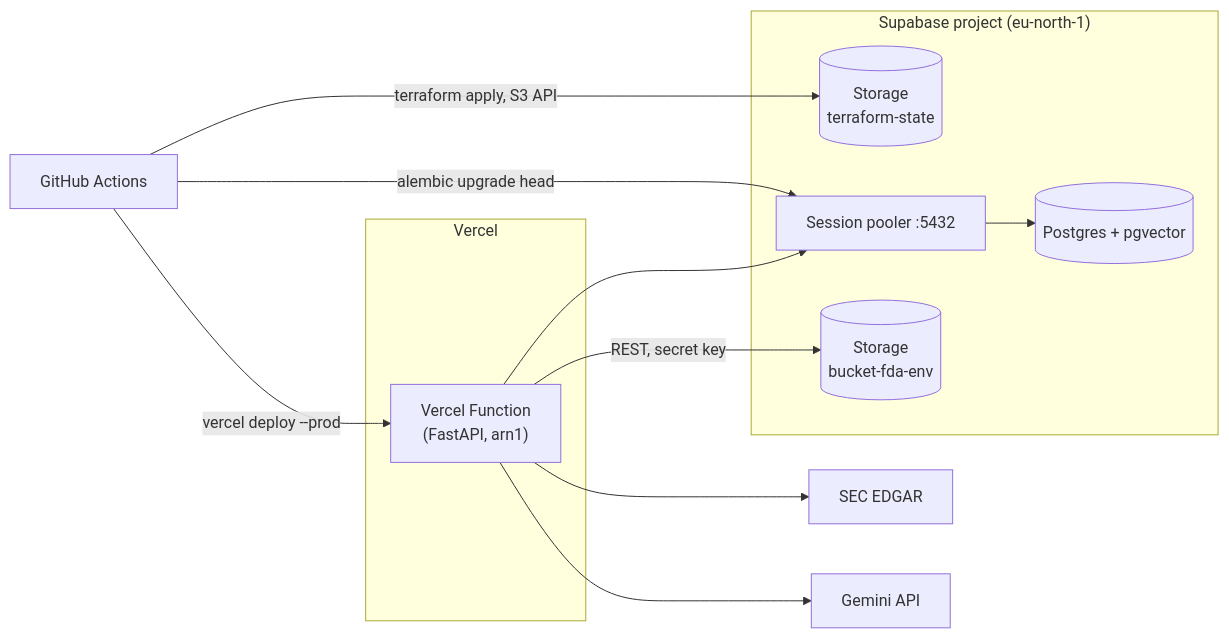
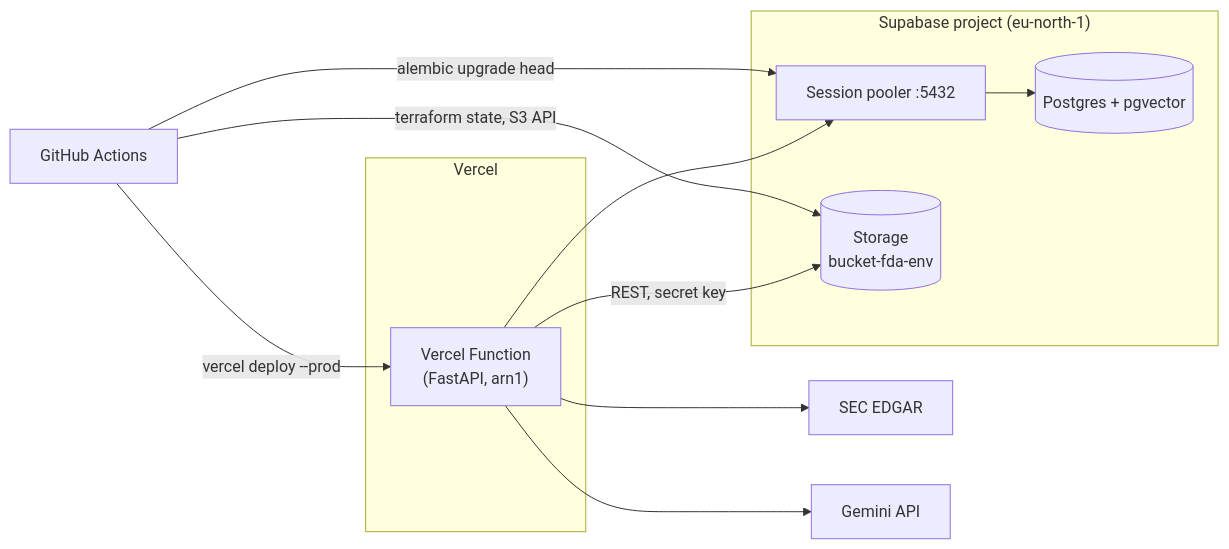
The diagram in docs/deployment.md (yucheng-fu/financial-data-agent), drawn with Mermaid before and after one commit. The commit also changed other lines of this file and 3 other files, not shown here.

````diff
--- a/docs/deployment.md
+++ b/docs/deployment.md
@@ -16,23 +16,22 @@
 ```mermaid
 flowchart LR
     gh["GitHub Actions"]
     subgraph Vercel
         fn["Vercel Function\n(FastAPI, arn1)"]
     end
     subgraph Supabase["Supabase project (eu-north-1)"]
         pooler["Session pooler :5432"]
         pg[("Postgres + pgvector")]
         bucket[("Storage\nbucket-fda-env")]
-        state[("Storage\nterraform-state")]
     end
     sec["SEC EDGAR"]
     gemini["Gemini API"]
 
-    gh -->|terraform apply, S3 API| state
+    gh -->|terraform state, S3 API| bucket
     gh -->|alembic upgrade head| pooler
     gh -->|vercel deploy --prod| fn
     fn --> pooler --> pg
     fn -->|REST, secret key| bucket
     fn --> sec
     fn --> gemini
 ```
````
